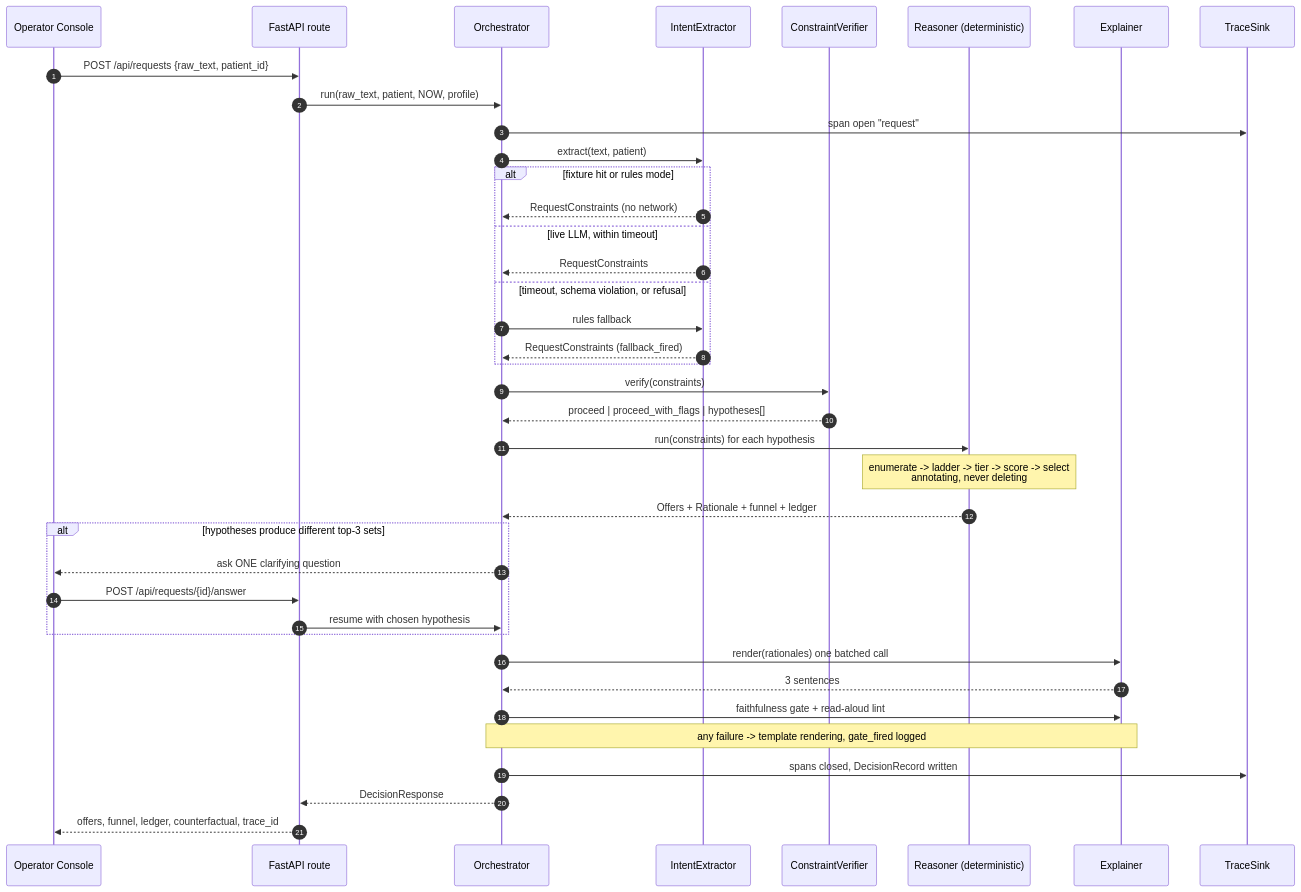
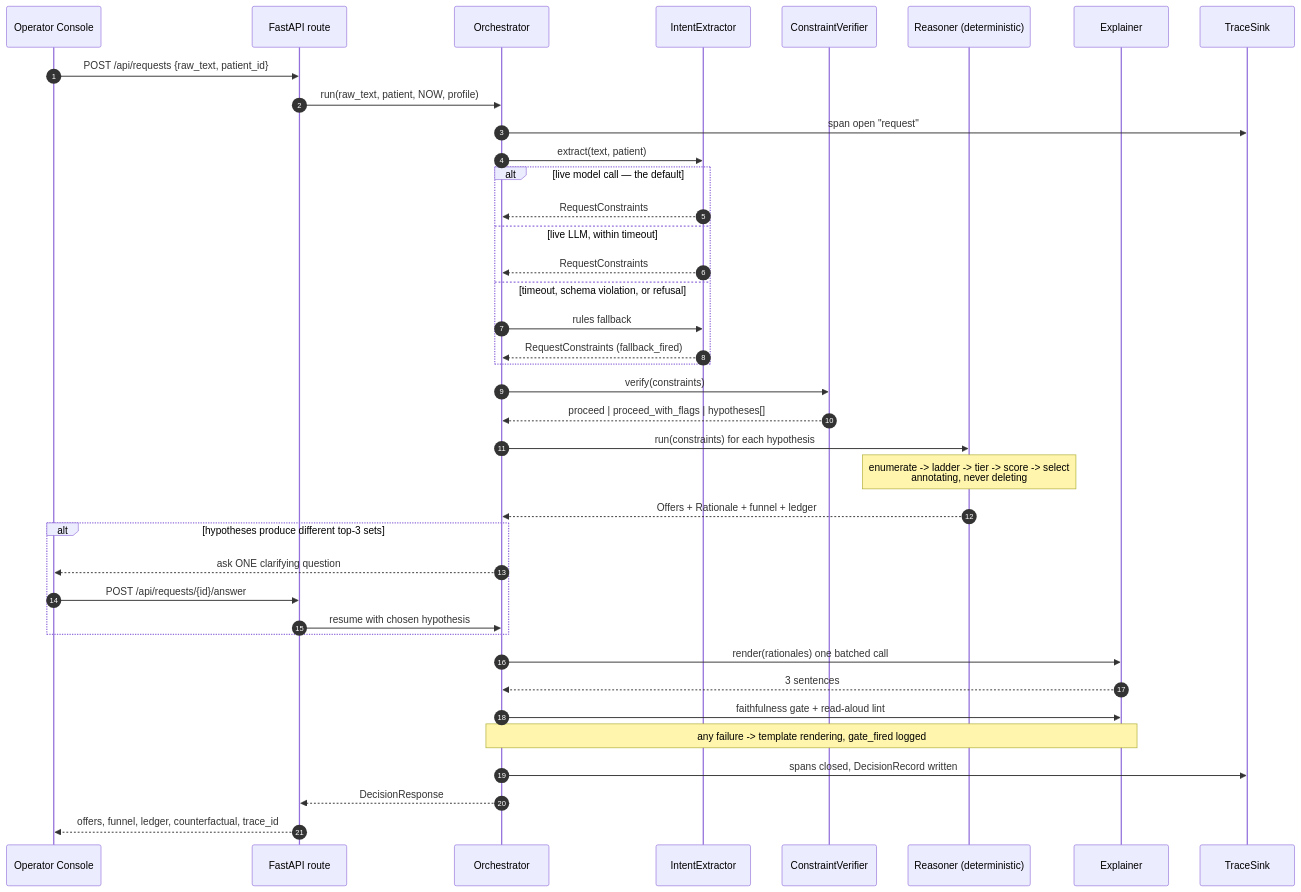
One commit to nayanmshah/intelligent-agentic-scheduler-optimizer changed the second of 9 diagrams in docs/architecture.md. Above: the diagram before and after it, drawn with Mermaid. The commit also changed other lines of this file and 22 other files, not shown here.

First line of the commit message:
docs: agent topology diagram, and purge the stale offline framing

````diff
--- a/docs/architecture.md
+++ b/docs/architecture.md
@@ -219,48 +219,48 @@
 ```mermaid
 sequenceDiagram
     autonumber
     participant UI as Operator Console
     participant API as FastAPI route
     participant ORC as Orchestrator
     participant EX as IntentExtractor
     participant VF as ConstraintVerifier
     participant RS as Reasoner (deterministic)
     participant XP as Explainer
     participant TS as TraceSink
 
     UI->>API: POST /api/requests {raw_text, patient_id}
     API->>ORC: run(raw_text, patient, NOW, profile)
     ORC->>TS: span open "request"
 
     ORC->>EX: extract(text, patient)
-    alt fixture hit or rules mode
-        EX-->>ORC: RequestConstraints (no network)
+    alt live model call — the default
+        EX-->>ORC: RequestConstraints
     else live LLM, within timeout
         EX-->>ORC: RequestConstraints
     else timeout, schema violation, or refusal
         ORC->>EX: rules fallback
         EX-->>ORC: RequestConstraints (fallback_fired)
     end
 
     ORC->>VF: verify(constraints)
     VF-->>ORC: proceed | proceed_with_flags | hypotheses[]
 
     ORC->>RS: run(constraints) for each hypothesis
     Note over RS: enumerate -> ladder -> tier -> score -> select<br/>annotating, never deleting
     RS-->>ORC: Offers + Rationale + funnel + ledger
 
     alt hypotheses produce different top-3 sets
         ORC-->>UI: ask ONE clarifying question
         UI->>API: POST /api/requests/{id}/answer
         API->>ORC: resume with chosen hypothesis
     end
 
     ORC->>XP: render(rationales)  one batched call
     XP-->>ORC: 3 sentences
     ORC->>XP: faithfulness gate + read-aloud lint
     Note over ORC,XP: any failure -> template rendering, gate_fired logged
 
     ORC->>TS: spans closed, DecisionRecord written
     ORC-->>API: DecisionResponse
     API-->>UI: offers, funnel, ledger, counterfactual, trace_id
 ```
````
